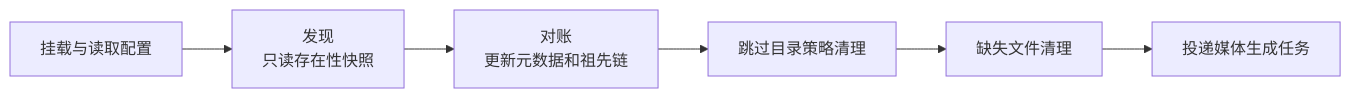
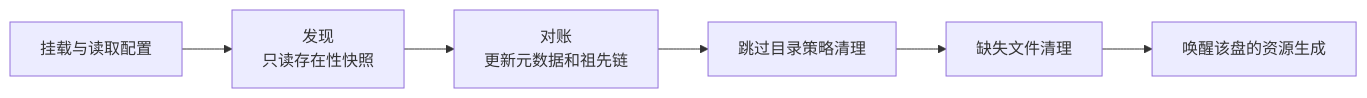
One commit to nianzhibai/91 changed the first of 3 diagrams in backend/README.md. Above: the diagram before and after it, drawn with Mermaid. The commit also changed other lines of this file and 96 other files, not shown here.

````diff
--- a/backend/README.md
+++ b/backend/README.md
@@ -218,8 +218,8 @@
 ```mermaid
 flowchart LR
     A["挂载与读取配置"] --> B["发现<br/>只读存在性快照"]
     B --> C["对账<br/>更新元数据和祖先链"]
     C --> D["跳过目录策略清理"]
     D --> E["缺失文件清理"]
-    E --> F["投递媒体生成任务"]
+    E --> F["唤醒该盘的资源生成"]
 ```
````
